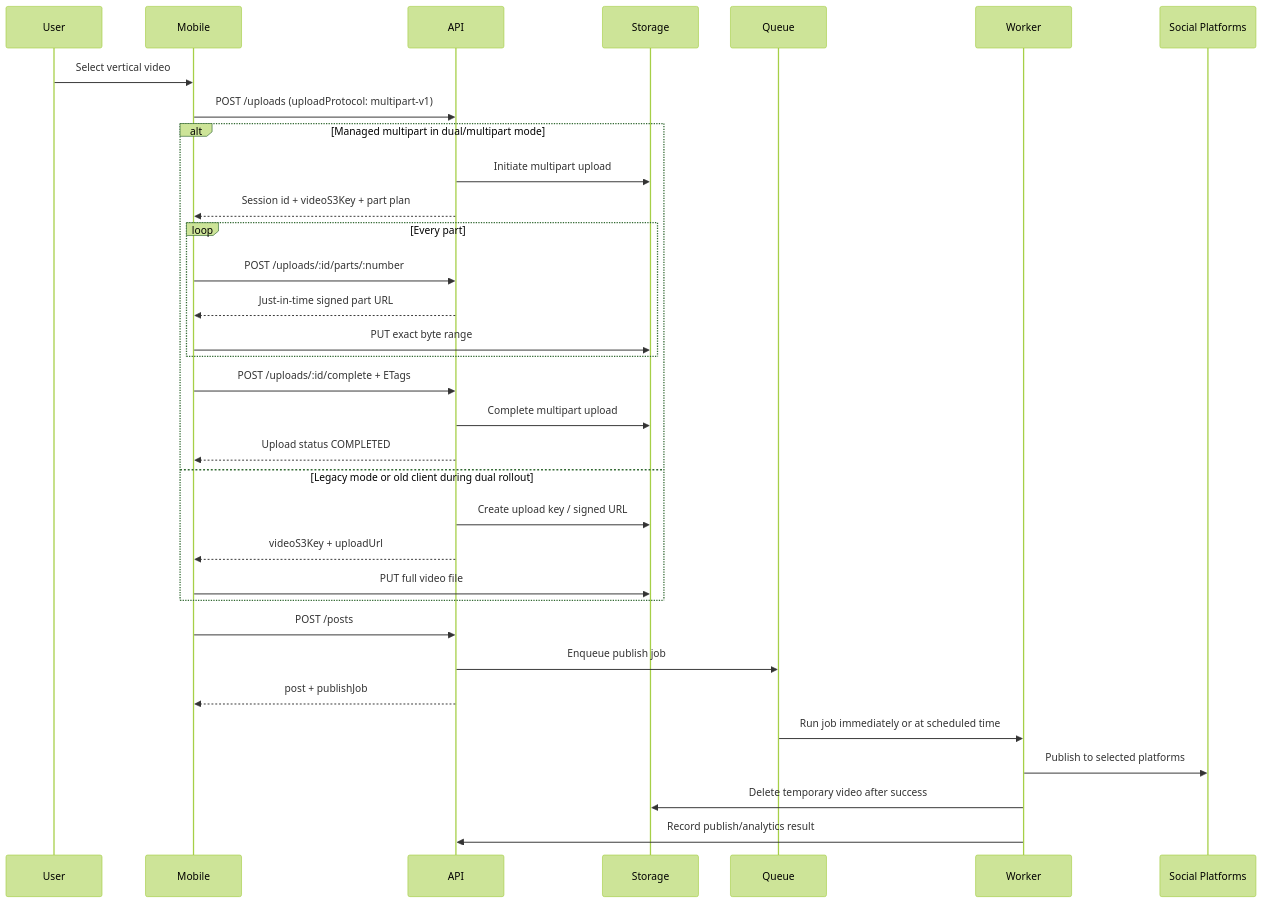
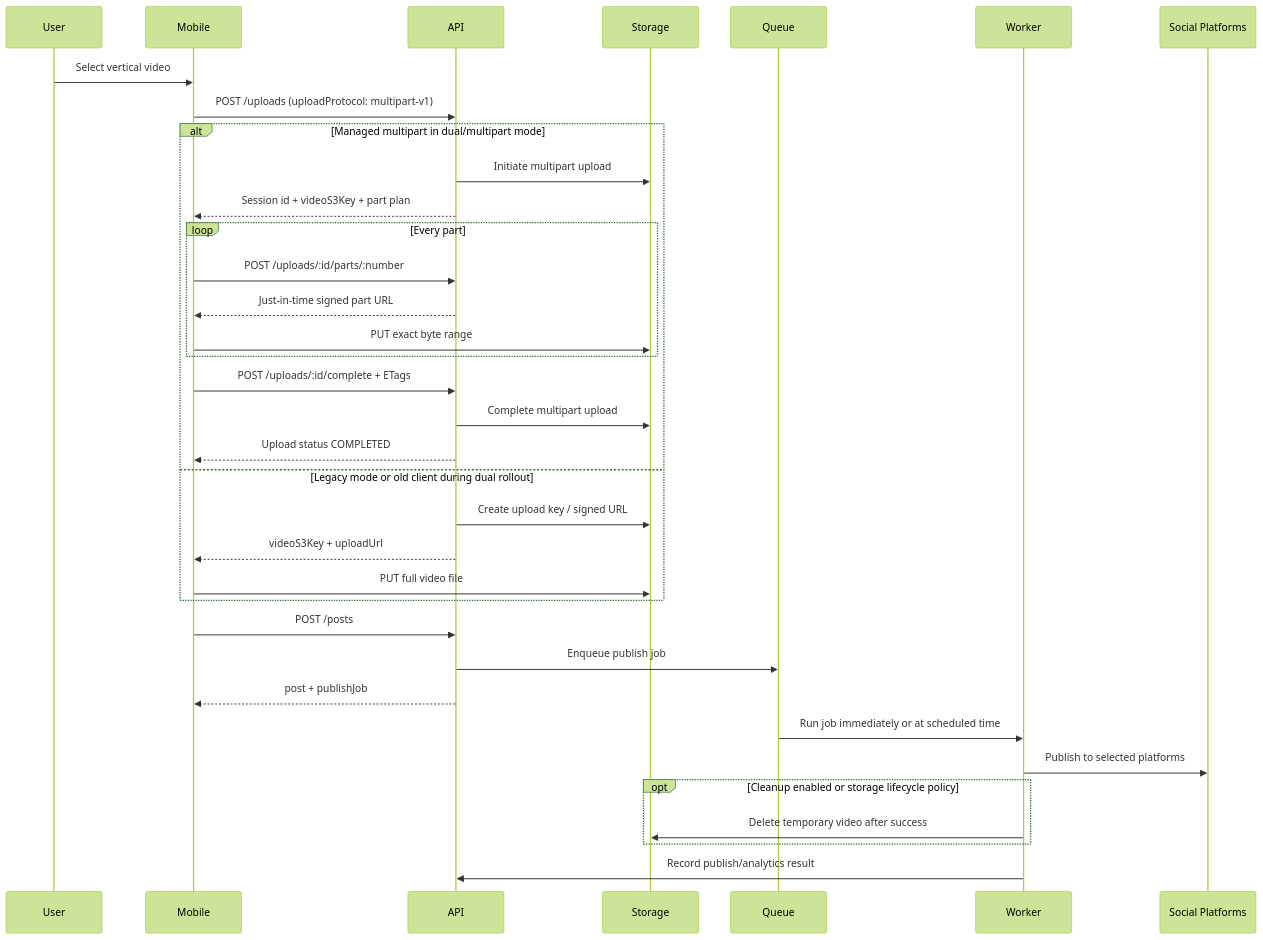
One commit to NOI56/PostDeeMobile changed the second of 7 diagrams in ARCHITECTURE.md. Above: the diagram before and after it, drawn with Mermaid (forest theme). The commit also changed other lines of this file and 9 other files, not shown here.

````diff
--- a/ARCHITECTURE.md
+++ b/ARCHITECTURE.md
@@ -253,36 +267,38 @@
 ```mermaid
 sequenceDiagram
   participant U as User
   participant M as Mobile
   participant A as API
   participant S as Storage
   participant Q as Queue
   participant W as Worker
   participant P as Social Platforms
 
   U->>M: Select vertical video
   M->>A: POST /uploads (uploadProtocol: multipart-v1)
   alt Managed multipart in dual/multipart mode
     A->>S: Initiate multipart upload
     A-->>M: Session id + videoS3Key + part plan
     loop Every part
       M->>A: POST /uploads/:id/parts/:number
       A-->>M: Just-in-time signed part URL
       M->>S: PUT exact byte range
     end
     M->>A: POST /uploads/:id/complete + ETags
     A->>S: Complete multipart upload
     A-->>M: Upload status COMPLETED
   else Legacy mode or old client during dual rollout
     A->>S: Create upload key / signed URL
     A-->>M: videoS3Key + uploadUrl
     M->>S: PUT full video file
   end
   M->>A: POST /posts
   A->>Q: Enqueue publish job
   A-->>M: post + publishJob
   Q->>W: Run job immediately or at scheduled time
   W->>P: Publish to selected platforms
-  W->>S: Delete temporary video after success
+  opt Cleanup enabled or storage lifecycle policy
+    W->>S: Delete temporary video after success
+  end
   W->>A: Record publish/analytics result
 ```
````
